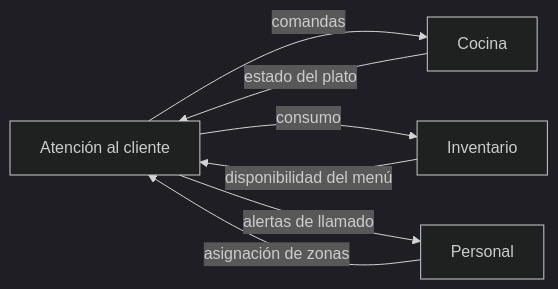
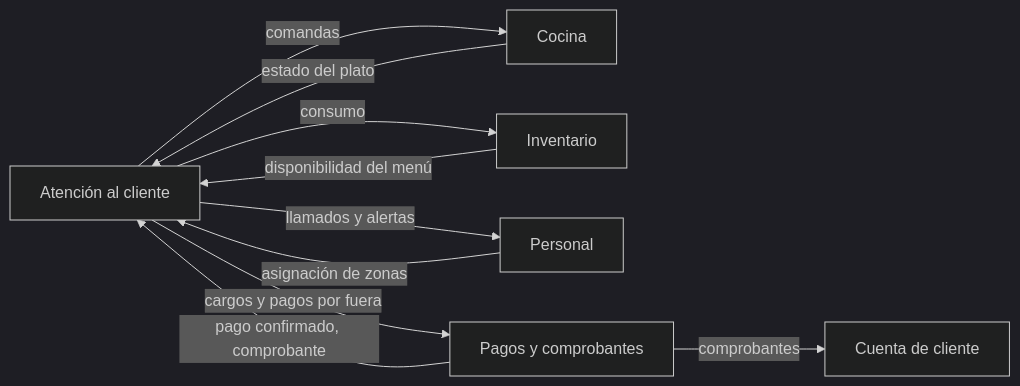
Before and after one commit to milkmantree/hungria: the diagram in docs/modulos/README.md, drawn with Mermaid (dark theme). The commit also changed other lines of this file and 21 other files, not shown here.

````diff
--- a/docs/modulos/README.md
+++ b/docs/modulos/README.md
@@ -15,9 +17,12 @@
 ```mermaid
 flowchart LR
     AC[Atención al cliente] -->|comandas| CO[Cocina]
     CO -->|estado del plato| AC
     AC -->|consumo| IN[Inventario]
     IN -->|disponibilidad del menú| AC
     PE[Personal] -->|asignación de zonas| AC
-    AC -->|alertas de llamado| PE
+    AC -->|llamados y alertas| PE
+    AC -->|cargos y pagos por fuera| PA[Pagos y comprobantes]
+    PA -->|pago confirmado, comprobante| AC
+    PA -->|comprobantes| CC[Cuenta de cliente]
 ```
````
